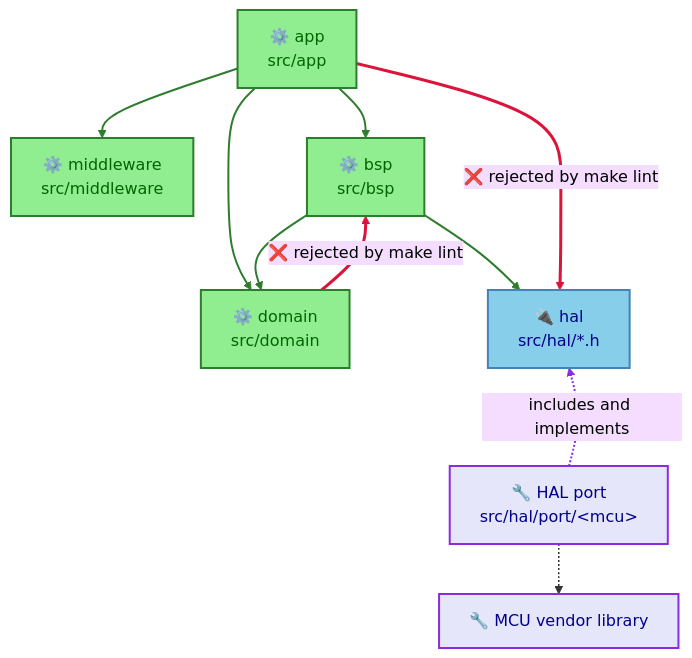
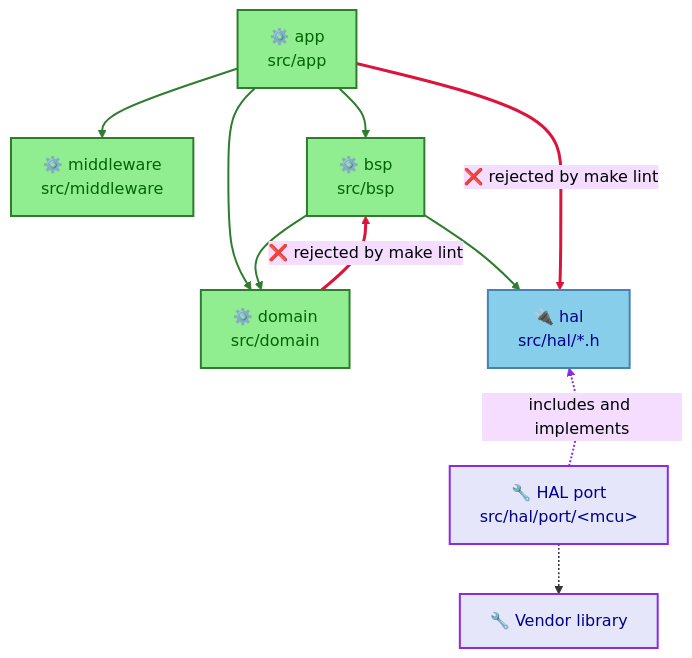
Before and after one commit to wienans/example-repo: the diagram in docs/architecture/04_layering.md, drawn with Mermaid (base theme). The commit also changed other lines of this file and 6 other files, not shown here.

First line of the commit message:
docs(architecture): align architecture guide with implementation

````diff
--- a/docs/architecture/04_layering.md
+++ b/docs/architecture/04_layering.md
@@ -9,41 +9,41 @@
 ```mermaid
 flowchart TB
   accTitle: Allowed and forbidden includes between layers
-  accDescr: app may include middleware, domain and bsp. bsp may include domain and hal. The HAL port includes and implements hal and depends on the vendor library. app including hal, and domain including bsp, are forbidden and fail the lint check.
+  accDescr: app may include middleware, domain and bsp. bsp may include domain and hal. The HAL port includes and implements hal, and depends on the vendor library. app including hal, and domain including bsp, are two examples of includes that fail the lint check.
   classDef firmware fill:#90EE90,stroke:#2E7D2E,stroke-width:2px,color:darkgreen
   classDef interface fill:#87CEEB,stroke:#4682B4,stroke-width:2px,color:darkblue
   classDef platform fill:#E6E6FA,stroke:#8A2BE2,stroke-width:2px,color:darkblue
   classDef edgeCall stroke:#2E7D2E,stroke-width:2px,color:black
   classDef edgeImplements stroke:#8A2BE2,stroke-width:2px,color:black
   classDef edgeVendor stroke:#333333,stroke-width:1.5px,color:black
   classDef edgeViolation stroke:#DC143C,stroke-width:3px,color:black
 
   app["⚙️ app<br/>src/app"]
   mw["⚙️ middleware<br/>src/middleware"]
   bsp["⚙️ bsp<br/>src/bsp"]
   dom["⚙️ domain<br/>src/domain"]
   hal["🔌 hal<br/>src/hal/*.h"]
   port["🔧 HAL port<br/>src/hal/port/&lt;mcu&gt;"]
-  vendor["🔧 MCU vendor library"]
+  vendor["🔧 Vendor library"]
 
   app e1@--> mw
   app e2@--> bsp
   app e3@--> dom
   bsp e4@--> dom
   bsp e5@--> hal
   hal ~~~ port
   port e6@-.->|"includes and implements"| hal
   port e7@-.-> vendor
   app e8@-->|"❌ rejected by make lint"| hal
   dom e9@-->|"❌ rejected by make lint"| bsp
 
   class app,mw,bsp,dom firmware
   class hal interface
   class port,vendor platform
   class e1,e2,e3,e4,e5 edgeCall
   class e6 edgeImplements
   class e7 edgeVendor
   class e8,e9 edgeViolation
 
   %% Legend: green = allowed include. Purple dashed = includes and implements. Gray dashed = vendor dependency. Red thick = forbidden include.
 ```
````
